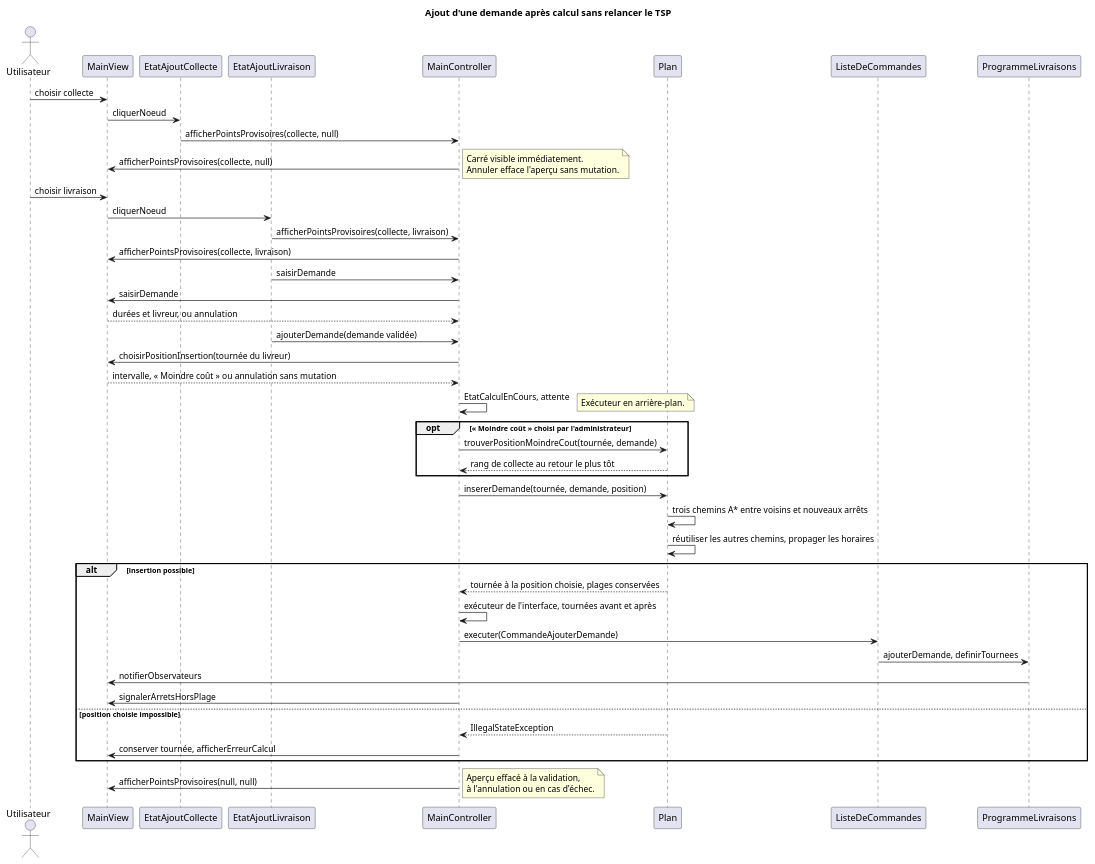
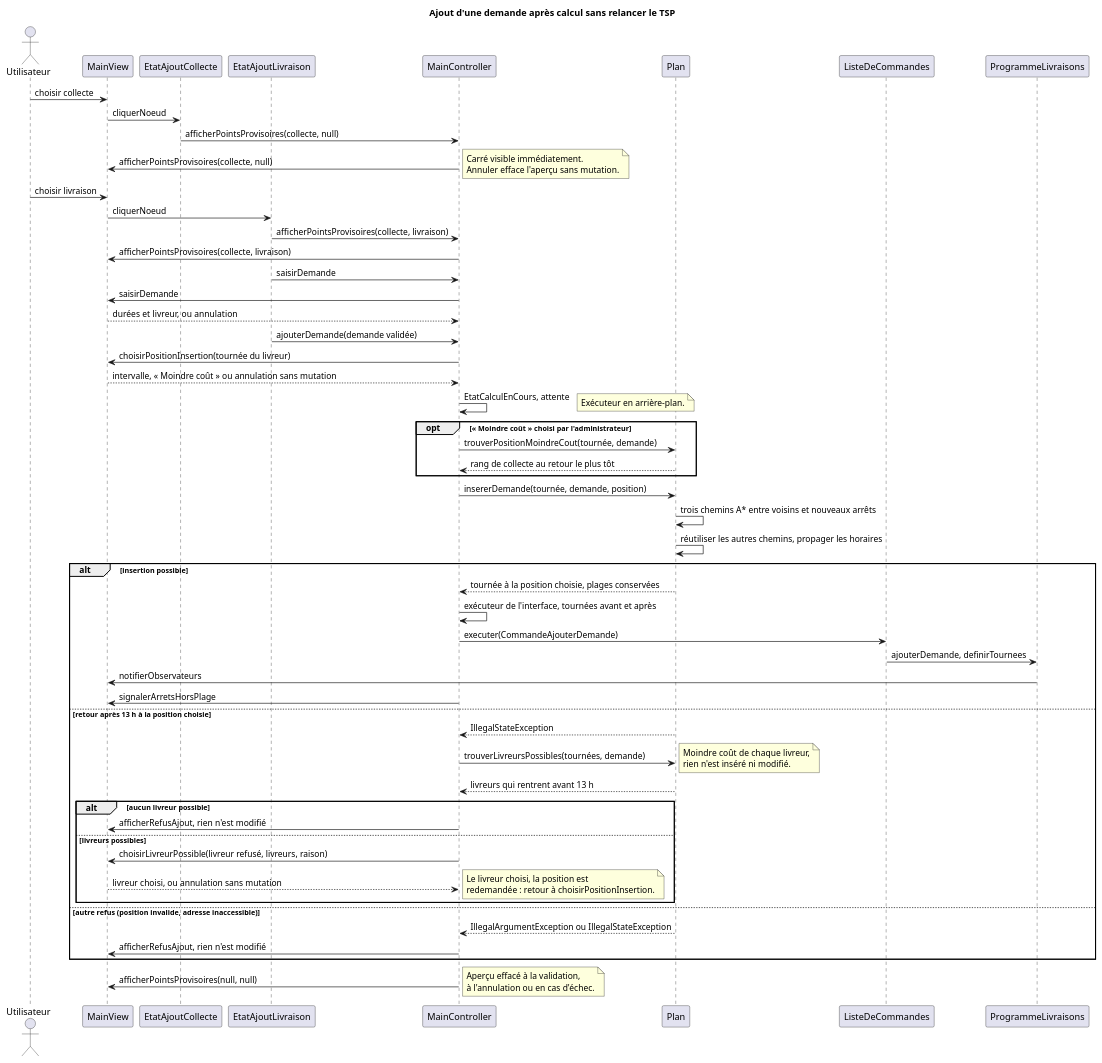
One commit to tristanhp/Optimod-Lyon changed the diagram in docs/diagrams/sequence-ajout-demande.puml. Above: the diagram before and after it, drawn with PlantUML. The commit also changed 8 other files, not shown here.

Commit message:
feat: proposer un livreur quand l'ajout dépasse 13 h (TIG-70) (#50)

```diff
--- a/docs/diagrams/sequence-ajout-demande.puml
+++ b/docs/diagrams/sequence-ajout-demande.puml
@@ -1,48 +1,60 @@
 @startuml sequence-ajout-demande
 title Ajout d'une demande après calcul sans relancer le TSP
 actor Utilisateur
 participant MainView
 participant EtatAjoutCollecte
 participant EtatAjoutLivraison
 participant MainController
 participant Plan
 participant ListeDeCommandes
 participant ProgrammeLivraisons
 Utilisateur -> MainView : choisir collecte
 MainView -> EtatAjoutCollecte : cliquerNoeud
 EtatAjoutCollecte -> MainController : afficherPointsProvisoires(collecte, null)
 MainController -> MainView : afficherPointsProvisoires(collecte, null)
 note right : Carré visible immédiatement.\nAnnuler efface l'aperçu sans mutation.
 Utilisateur -> MainView : choisir livraison
 MainView -> EtatAjoutLivraison : cliquerNoeud
 EtatAjoutLivraison -> MainController : afficherPointsProvisoires(collecte, livraison)
 MainController -> MainView : afficherPointsProvisoires(collecte, livraison)
 EtatAjoutLivraison -> MainController : saisirDemande
 MainController -> MainView : saisirDemande
 MainView --> MainController : durées et livreur, ou annulation
 EtatAjoutLivraison -> MainController : ajouterDemande(demande validée)
 MainController -> MainView : choisirPositionInsertion(tournée du livreur)
 MainView --> MainController : intervalle, « Moindre coût » ou annulation sans mutation
 MainController -> MainController : EtatCalculEnCours, attente
 note right : Exécuteur en arrière-plan.
 opt « Moindre coût » choisi par l'administrateur
   MainController -> Plan : trouverPositionMoindreCout(tournée, demande)
   Plan --> MainController : rang de collecte au retour le plus tôt
 end
 MainController -> Plan : insererDemande(tournée, demande, position)
 Plan -> Plan : trois chemins A* entre voisins et nouveaux arrêts
 Plan -> Plan : réutiliser les autres chemins, propager les horaires
 alt insertion possible
   Plan --> MainController : tournée à la position choisie, plages conservées
   MainController -> MainController : exécuteur de l'interface, tournées avant et après
   MainController -> ListeDeCommandes : executer(CommandeAjouterDemande)
   ListeDeCommandes -> ProgrammeLivraisons : ajouterDemande, definirTournees
   ProgrammeLivraisons -> MainView : notifierObservateurs
   MainController -> MainView : signalerArretsHorsPlage
-else position choisie impossible
+else retour après 13 h à la position choisie
   Plan --> MainController : IllegalStateException
-  MainController -> MainView : conserver tournée, afficherErreurCalcul
+  MainController -> Plan : trouverLivreursPossibles(tournées, demande)
+  note right : Moindre coût de chaque livreur,\nrien n'est inséré ni modifié.
+  Plan --> MainController : livreurs qui rentrent avant 13 h
+  alt aucun livreur possible
+    MainController -> MainView : afficherRefusAjout, rien n'est modifié
+  else livreurs possibles
+    MainController -> MainView : choisirLivreurPossible(livreur refusé, livreurs, raison)
+    MainView --> MainController : livreur choisi, ou annulation sans mutation
+    note right : Le livreur choisi, la position est\nredemandée : retour à choisirPositionInsertion.
+  end
+else autre refus (position invalide, adresse inaccessible)
+  Plan --> MainController : IllegalArgumentException ou IllegalStateException
+  MainController -> MainView : afficherRefusAjout, rien n'est modifié
 end
 MainController -> MainView : afficherPointsProvisoires(null, null)
 note right : Aperçu effacé à la validation,\nà l'annulation ou en cas d'échec.
 @enduml
```
